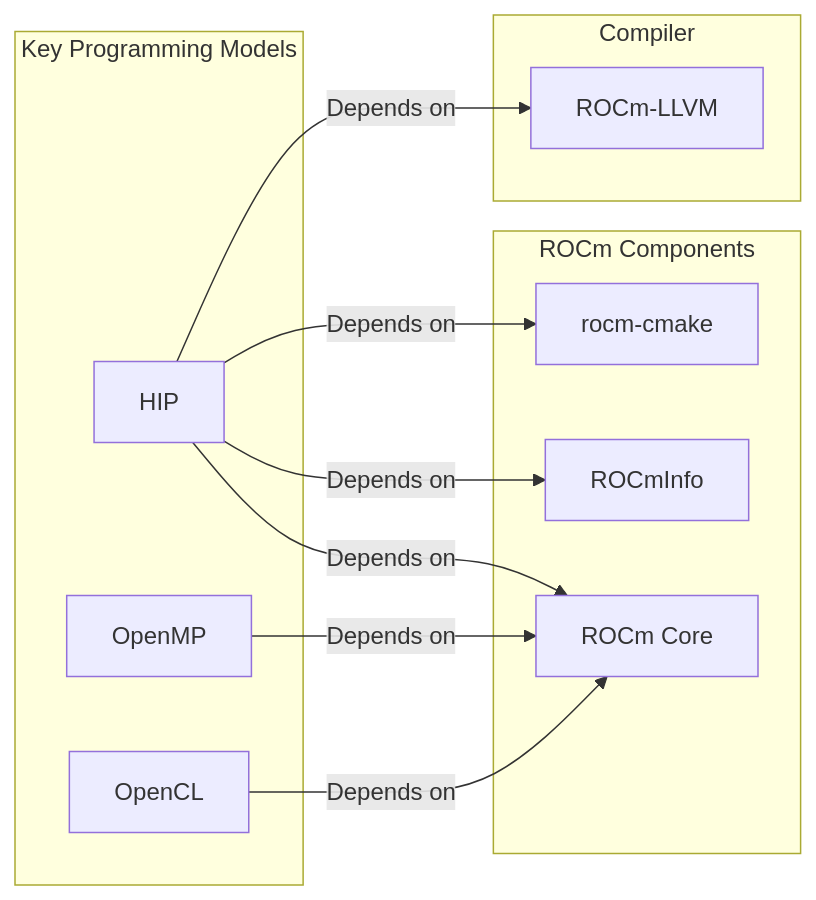
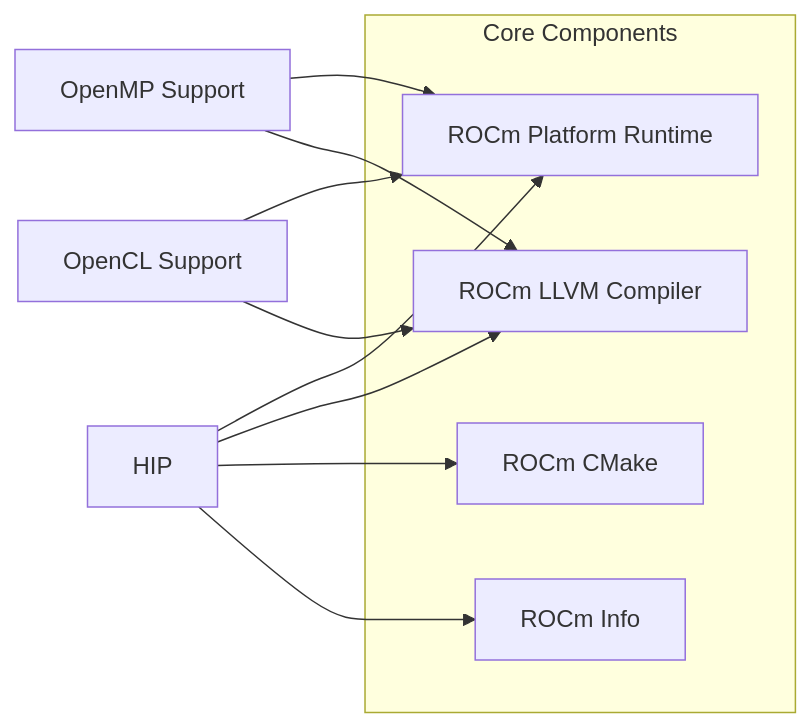
The second of 4 diagrams in docs/site_specific_config/rocm.md (EESSI/docs), drawn with Mermaid before and after one commit. The commit also changed other lines of this file, not shown here.

Commit message:
Improvements to the ROCm overview

````diff
--- a/docs/site_specific_config/rocm.md
+++ b/docs/site_specific_config/rocm.md
@@ -201,22 +201,23 @@
 ```mermaid
 graph LR;
-    subgraph Key Programming Models
-        A[HIP]
-        B[OpenMP]
-        C[OpenCL]
+    subgraph Core Components
+        B[ROCm Platform Runtime]
+        C[ROCm LLVM Compiler]
+        F[ROCm CMake]
+        G[ROCm Info]
     end
-    subgraph Compiler
-        D[ROCm-LLVM]
-    end
-    subgraph ROCm Components
-        E[rocm-cmake]
-        F[ROCmInfo]
-        G[ROCm Core]
-    end
-        A -->|Depends on| D
-        A -->|Depends on| E
-        A -->|Depends on| F
-        A -->|Depends on| G
-        B -->|Depends on| G
-        C -->|Depends on| G
+
+    D[HIP]
+    I[OpenMP Support]
+    J[OpenCL Support]
+
+    D --> B
+    D --> C
+    D --> F
+    D --> G
+
+    I --> B
+    I --> C
+    J --> B
+    J --> C
 ```
````
